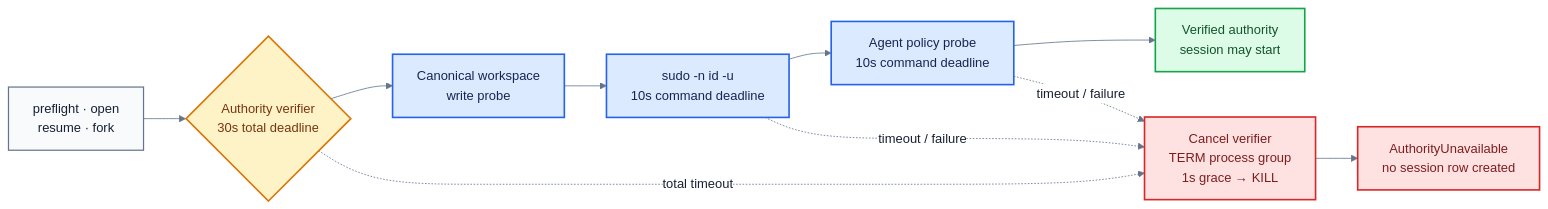
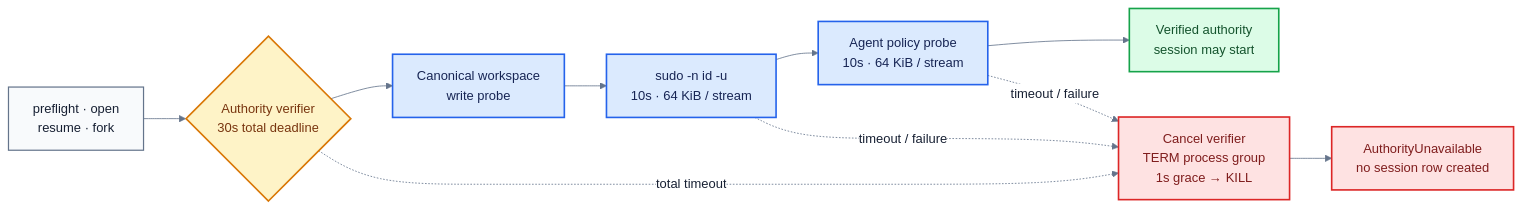
One commit to fontanierh/crab changed the diagram in v2/docs/authority-timeout-flow.mmd. Above: the diagram before and after it, drawn with Mermaid. The commit also changed 3 other files, not shown here.

```diff
--- a/v2/docs/authority-timeout-flow.mmd
+++ b/v2/docs/authority-timeout-flow.mmd
@@ -1,29 +1,29 @@
 %%{init: {"theme": "base", "themeVariables": {"fontFamily": "ui-sans-serif, system-ui, sans-serif", "primaryTextColor": "#172033", "lineColor": "#64748b", "edgeLabelBackground": "#ffffff"}, "flowchart": {"curve": "basis", "nodeSpacing": 40, "rankSpacing": 52}}}%%
 flowchart LR
     CALL["preflight · open<br/>resume · fork"]
     TOTAL{"Authority verifier<br/>30s total deadline"}
     FS["Canonical workspace<br/>write probe"]
-    SUDO["sudo -n id -u<br/>10s command deadline"]
-    PROBE["Agent policy probe<br/>10s command deadline"]
+    SUDO["sudo -n id -u<br/>10s · 64 KiB / stream"]
+    PROBE["Agent policy probe<br/>10s · 64 KiB / stream"]
     READY["Verified authority<br/>session may start"]
     STOP["Cancel verifier<br/>TERM process group<br/>1s grace → KILL"]
     REJECT["AuthorityUnavailable<br/>no session row created"]
 
     CALL --> TOTAL
     TOTAL --> FS --> SUDO --> PROBE --> READY
     TOTAL -. "total timeout" .-> STOP
     SUDO -. "timeout / failure" .-> STOP
     PROBE -. "timeout / failure" .-> STOP
     STOP --> REJECT
 
     classDef caller fill:#f8fafc,stroke:#64748b,stroke-width:1.5px,color:#172033;
     classDef gate fill:#fef3c7,stroke:#d97706,stroke-width:2px,color:#78350f;
     classDef probe fill:#dbeafe,stroke:#2563eb,stroke-width:2px,color:#172554;
     classDef ready fill:#dcfce7,stroke:#16a34a,stroke-width:2px,color:#14532d;
     classDef failure fill:#fee2e2,stroke:#dc2626,stroke-width:2px,color:#7f1d1d;
 
     class CALL caller;
     class TOTAL gate;
     class FS,SUDO,PROBE probe;
     class READY ready;
     class STOP,REJECT failure;
```
